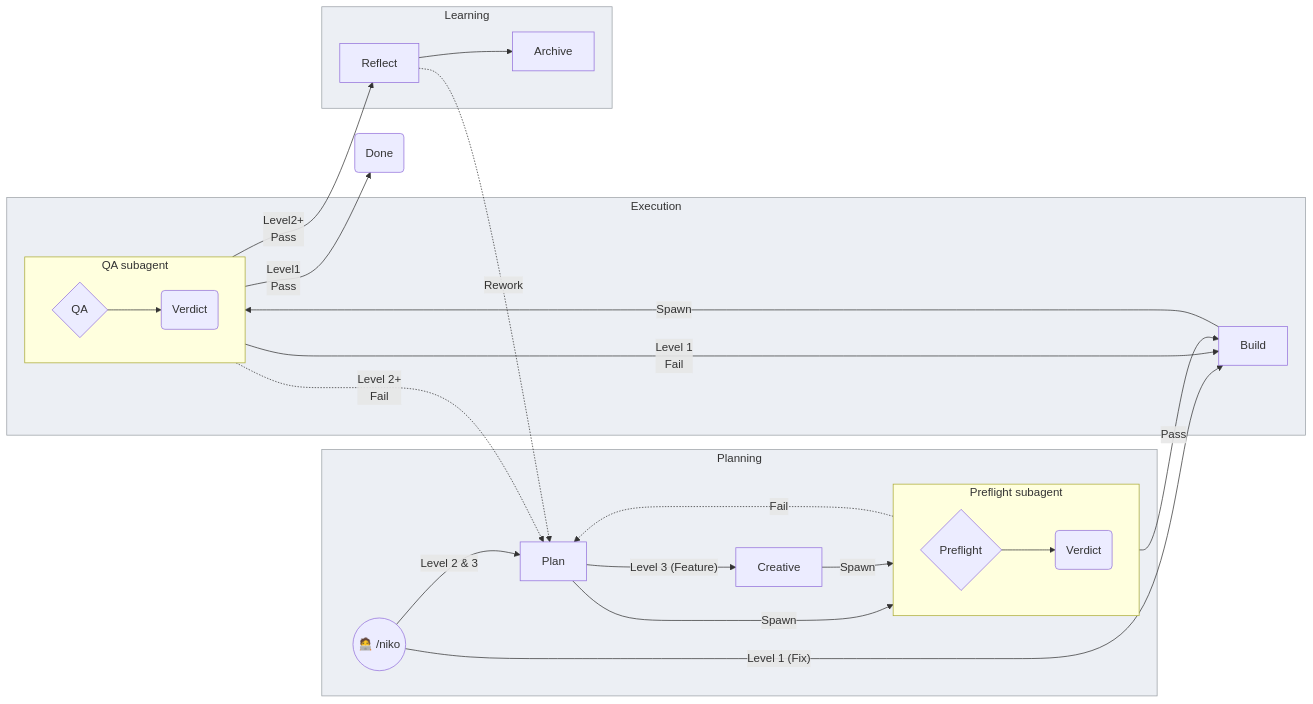
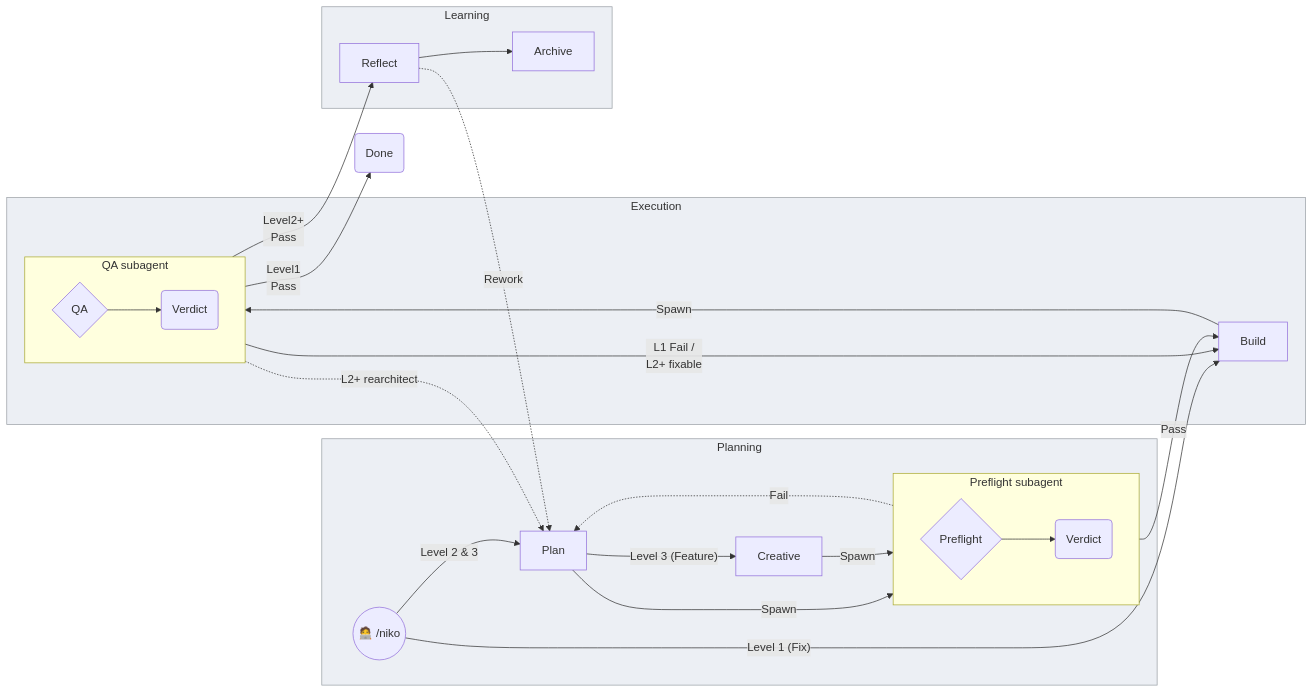
Before and after one commit to Texarkanine/.cursor-rules: the second of 6 diagrams in rulesets/niko/README.md, drawn with Mermaid. The commit also changed 7 other files, not shown here.

````diff
--- a/rulesets/niko/README.md
+++ b/rulesets/niko/README.md
@@ -93,45 +93,45 @@
 ```mermaid
 flowchart LR
 	Niko(("🧑‍💻 /niko"))
 	Archive["Archive"]
 
 	subgraph Planning
 		Plan["Plan"]
 		Creative["Creative"]
 		Niko -- "Level 2 & 3" --> Plan
 		Plan -- "Level 3 (Feature)" --> Creative
 		Plan --Spawn--> NikoPreflight
 		Creative --Spawn--> NikoPreflight
 		subgraph PreflightSubagent["Preflight subagent"]
 			direction LR
 			NikoPreflight{"Preflight"} --> PreflightVerdict("Verdict")
 		end
 		PreflightVerdict -.->|"Fail"| Plan
 	end
 
 	Niko -- "Level 1 (Fix)" --> Build
 	PreflightVerdict -->|"Pass"| Build
 
 	subgraph Execution
 		Build["Build"]
 		Build --Spawn--> NikoQA
 		subgraph QASubagent["QA subagent"]
 			direction LR
 			NikoQA{"QA"} --> QAVerdict("Verdict")
 		end
 	end
 
-	QAVerdict -->|"Level 1<br>Fail"| Build
-	QAVerdict -.->|"Level 2+<br>Fail"| Plan
+	QAVerdict -->|"L1 Fail /<br>L2+ fixable"| Build
+	QAVerdict -.->|"L2+ rearchitect"| Plan
 	QAVerdict -->|"Level1<br>Pass"| Done("Done")
 	QAVerdict -->|"Level2+<br>Pass"| Reflect
 
 	subgraph Learning
 		Reflect["Reflect"]
 		Reflect -.->|"Rework"| Plan
 		Reflect --> Archive
 	end
 
 	classDef ideology fill:#eceff4,stroke:#9aa0a6,color:#333
 	class Planning,Execution,Learning ideology
 ```
````
